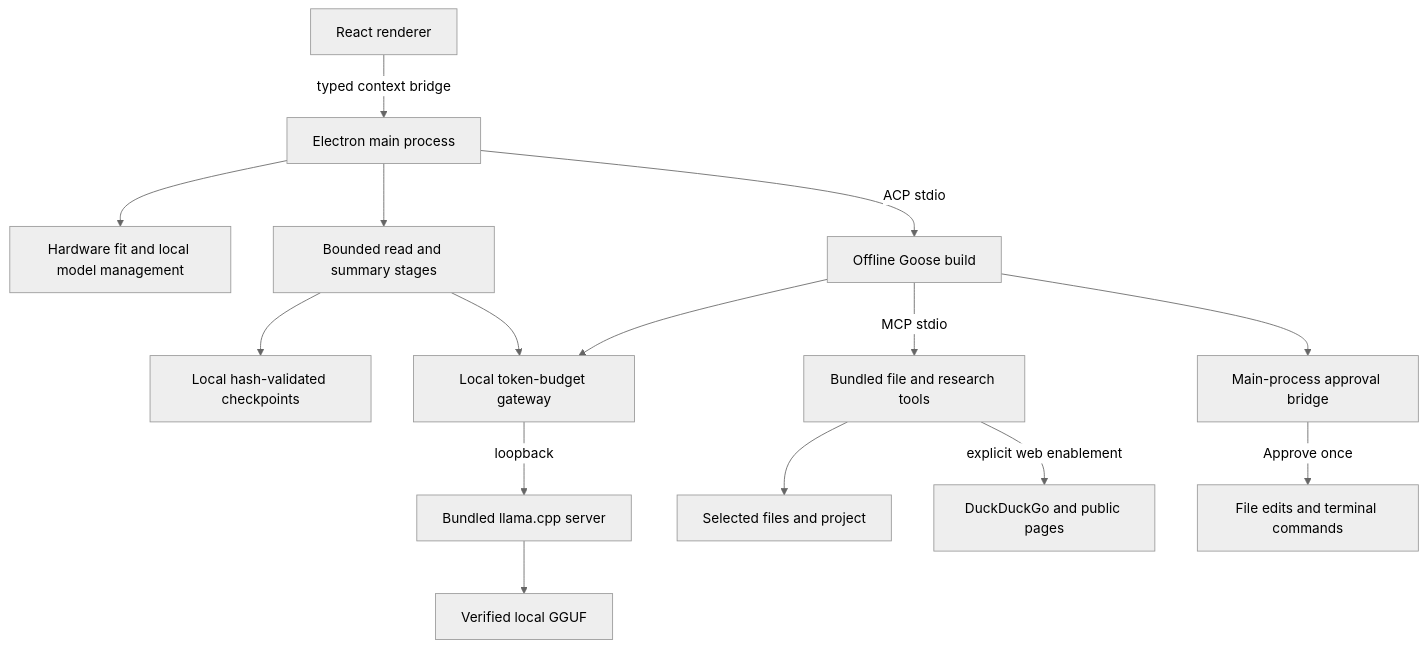
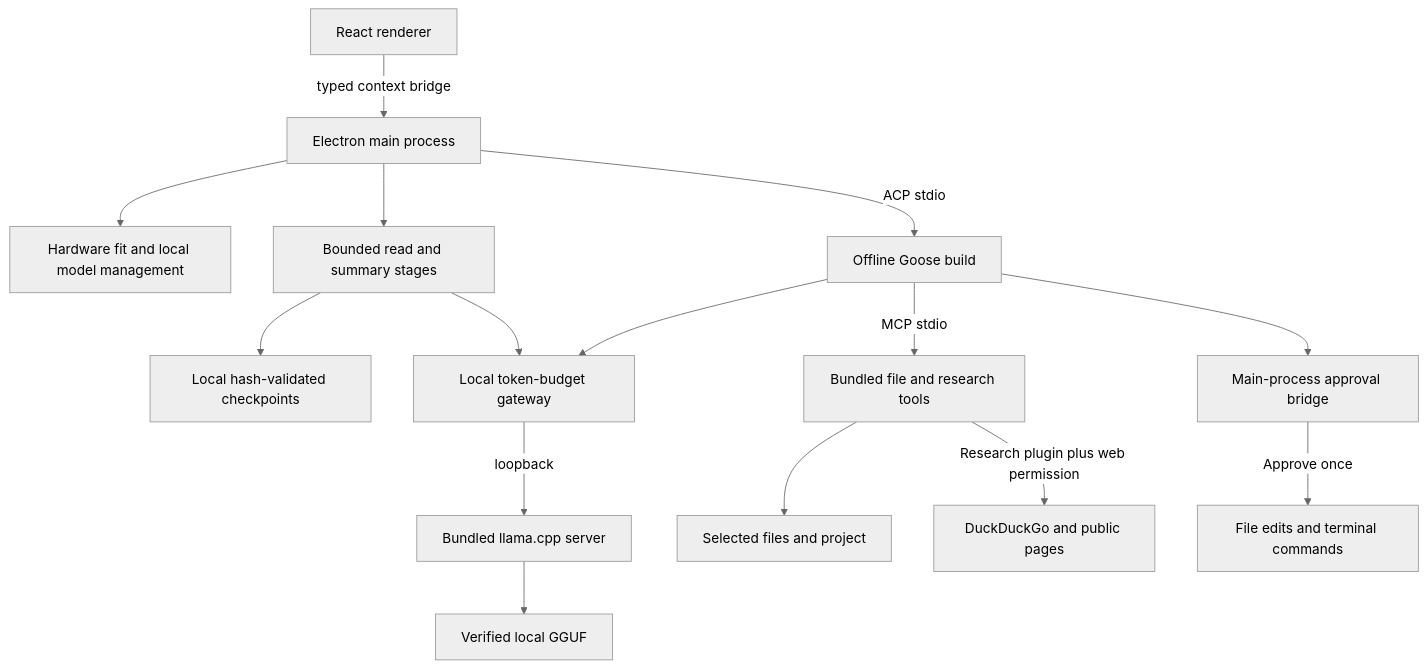
One commit to mahdizareeii/AiAgent changed the diagram in docs/architecture.md. Above: the diagram before and after it, drawn with Mermaid (neutral theme). The commit also changed other lines of this file and 26 other files, not shown here.

Commit message:
Add optional research plugin and focused task workspace

````diff
--- a/docs/architecture.md
+++ b/docs/architecture.md
@@ -10,17 +10,17 @@
 ```mermaid
 flowchart TD
   UI[React renderer] -->|typed context bridge| MAIN[Electron main process]
   MAIN --> HARDWARE[Hardware fit and local model management]
   MAIN --> STAGES[Bounded read and summary stages]
   STAGES --> CHECKPOINT[Local hash-validated checkpoints]
   MAIN -->|ACP stdio| GOOSE[Offline Goose build]
   GOOSE --> GATEWAY[Local token-budget gateway]
   STAGES --> GATEWAY
   GATEWAY -->|loopback| ENGINE[Bundled llama.cpp server]
   ENGINE --> WEIGHTS[Verified local GGUF]
   GOOSE -->|MCP stdio| READS[Bundled file and research tools]
   READS --> GRANTS[Selected files and project]
-  READS -->|explicit web enablement| WEB[DuckDuckGo and public pages]
+  READS -->|Research plugin plus web permission| WEB[DuckDuckGo and public pages]
   GOOSE --> APPROVAL[Main-process approval bridge]
   APPROVAL -->|Approve once| ACTIONS[File edits and terminal commands]
 ```
````
